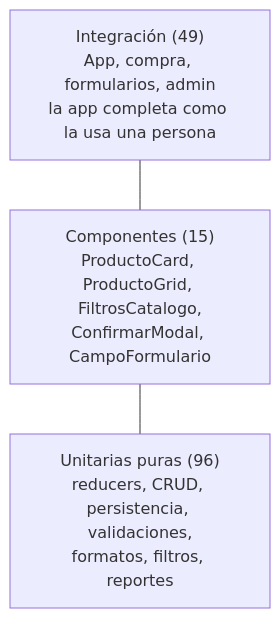
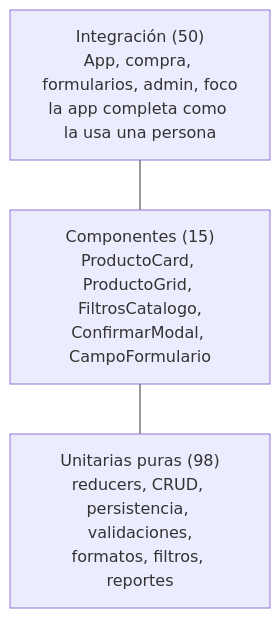
One commit to CristobalStenger/nexus_frontend changed the fifth of 5 diagrams in DOCUMENTACION.md. Above: the diagram before and after it, drawn with Mermaid. The commit also changed other lines of this file and 1 other file, not shown here.

````diff
--- a/DOCUMENTACION.md
+++ b/DOCUMENTACION.md
@@ -954,7 +955,7 @@
 ```mermaid
 flowchart TB
-  I["Integración (49)<br/>App, compra, formularios, admin<br/>la app completa como la usa una persona"]
+  I["Integración (50)<br/>App, compra, formularios, admin, foco<br/>la app completa como la usa una persona"]
   C["Componentes (15)<br/>ProductoCard, ProductoGrid, FiltrosCatalogo,<br/>ConfirmarModal, CampoFormulario"]
-  U["Unitarias puras (96)<br/>reducers, CRUD, persistencia, validaciones,<br/>formatos, filtros, reportes"]
+  U["Unitarias puras (98)<br/>reducers, CRUD, persistencia, validaciones,<br/>formatos, filtros, reportes"]
   I --- C --- U
 ```
````
